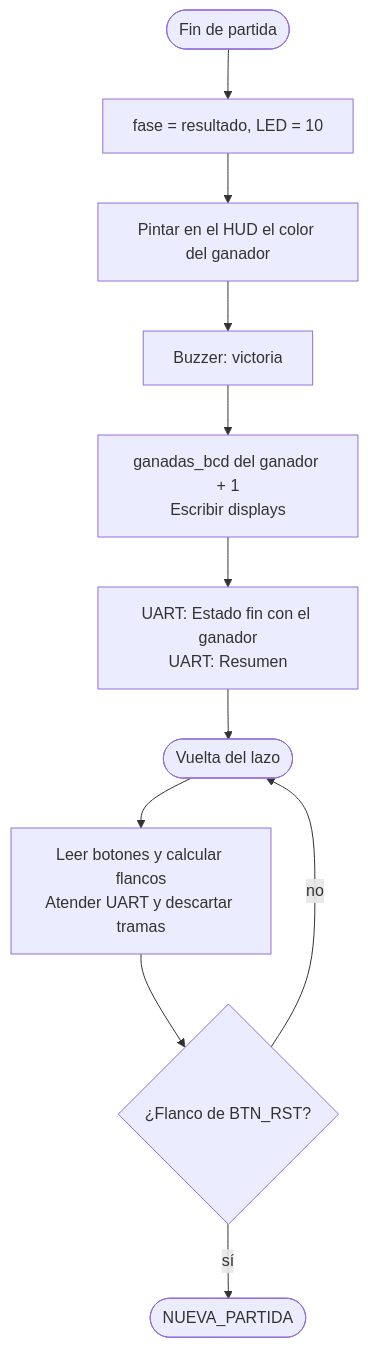
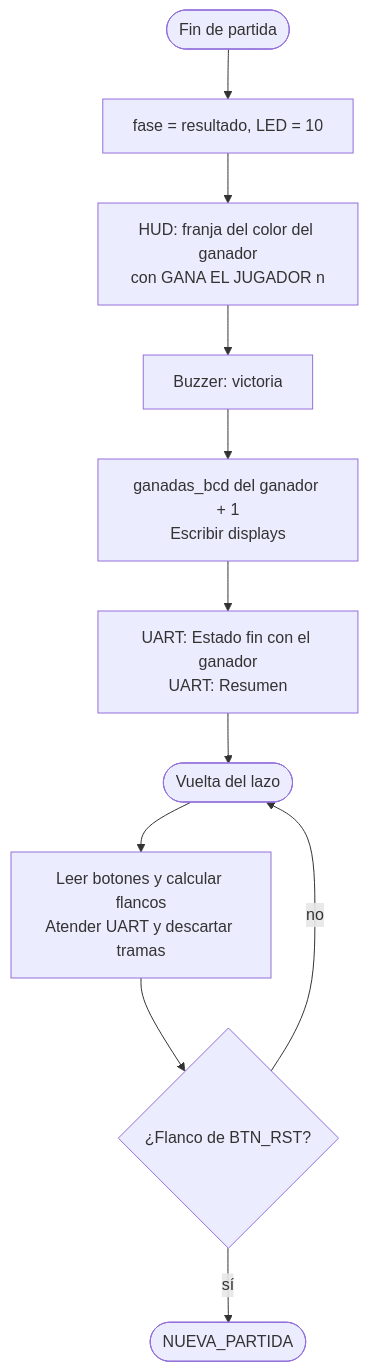
The fifth of 5 diagrams in docs/diseño/diagramas/nivel03.md (Taller-de-diseno-digital-GR01/Proyecto-3-Batalla-Naval), drawn with Mermaid before and after one commit. The commit also changed other lines of this file and 10 other files, not shown here.

````diff
--- a/docs/diseño/diagramas/nivel03.md
+++ b/docs/diseño/diagramas/nivel03.md
@@ -336,13 +336,13 @@
 ```mermaid
 flowchart TD
     E(["Fin de partida"]) --> F["fase = resultado, LED = 10"]
-    F --> HUD["Pintar en el HUD el color del ganador"]
+    F --> HUD["HUD: franja del color del ganador<br/>con GANA EL JUGADOR n"]
     HUD --> BZ["Buzzer: victoria"]
     BZ --> M["ganadas_bcd del ganador + 1<br/>Escribir displays"]
     M --> U["UART: Estado fin con el ganador<br/>UART: Resumen"]
     U --> V(["Vuelta del lazo"])
     V --> LEER["Leer botones y calcular flancos<br/>Atender UART y descartar tramas"]
     LEER --> RST{"¿Flanco de BTN_RST?"}
     RST -->|"no"| V
     RST -->|"sí"| NP(["NUEVA_PARTIDA"])
 ```
````
